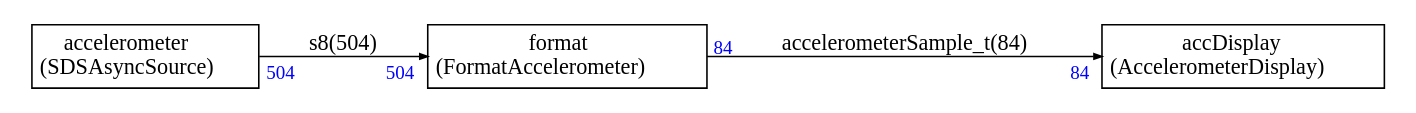
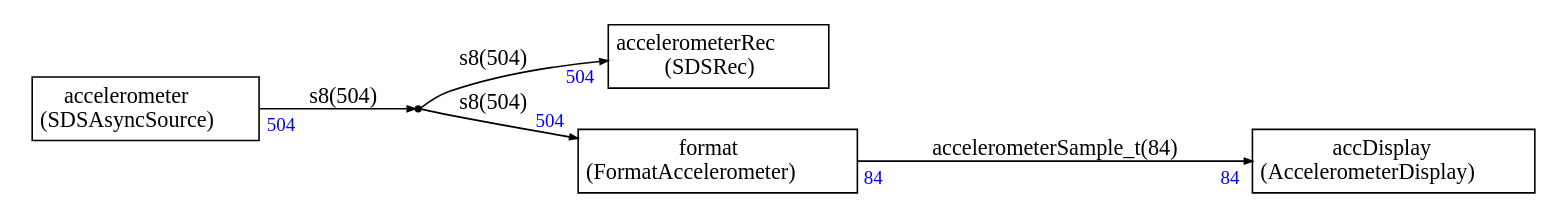
The diagram in demo/Stream/demo.dot (christophe0606/SDS-Framework), drawn with Graphviz before and after one commit. The commit also changed 20 other files, not shown here.

```diff
--- a/demo/Stream/demo.dot
+++ b/demo/Stream/demo.dot
@@ -1,48 +1,69 @@
 
 
 
 
 digraph structs {
     node [shape=plaintext]
     rankdir=LR
     edge [arrowsize=0.5]
     fontname="times"
 
 
 accDisplay [label=<
 <TABLE BORDER="0" CELLBORDER="1" CELLSPACING="0" CELLPADDING="4">
   <TR>
     <TD ALIGN="CENTER" PORT="i">accDisplay<BR/>(AccelerometerDisplay)</TD>
   </TR>
 </TABLE>>];
 
 accelerometer [label=<
 <TABLE BORDER="0" CELLBORDER="1" CELLSPACING="0" CELLPADDING="4">
   <TR>
     <TD ALIGN="CENTER" PORT="i">accelerometer<BR/>(SDSAsyncSource)</TD>
   </TR>
 </TABLE>>];
 
+accelerometerRec [label=<
+<TABLE BORDER="0" CELLBORDER="1" CELLSPACING="0" CELLPADDING="4">
+  <TR>
+    <TD ALIGN="CENTER" PORT="i">accelerometerRec<BR/>(SDSRec)</TD>
+  </TR>
+</TABLE>>];
+
+dup0 [shape=point,label=dup0]
+
 format [label=<
 <TABLE BORDER="0" CELLBORDER="1" CELLSPACING="0" CELLPADDING="4">
   <TR>
     <TD ALIGN="CENTER" PORT="i">format<BR/>(FormatAccelerometer)</TD>
   </TR>
 </TABLE>>];
 
 
 
-accelerometer:i -> format:i [label="s8(504)"
-,headlabel=<<TABLE BORDER="0" CELLPADDING="2"><TR><TD><FONT COLOR="blue" POINT-SIZE="12.0" >504</FONT>
-</TD></TR></TABLE>>
-,taillabel=<<TABLE BORDER="0" CELLPADDING="2"><TR><TD><FONT COLOR="blue" POINT-SIZE="12.0" >504</FONT>
-</TD></TR></TABLE>>]
-
 format:i -> accDisplay:i [label="accelerometerSample_t(84)"
 ,headlabel=<<TABLE BORDER="0" CELLPADDING="2"><TR><TD><FONT COLOR="blue" POINT-SIZE="12.0" >84</FONT>
 </TD></TR></TABLE>>
 ,taillabel=<<TABLE BORDER="0" CELLPADDING="2"><TR><TD><FONT COLOR="blue" POINT-SIZE="12.0" >84</FONT>
 </TD></TR></TABLE>>]
 
+accelerometer:i ->  
+dup0 [label="s8(504)"
+
+,taillabel=<<TABLE BORDER="0" CELLPADDING="2"><TR><TD><FONT COLOR="blue" POINT-SIZE="12.0" >504</FONT>
+</TD></TR></TABLE>>]
+
+ 
+dup0 -> format:i [label="s8(504)"
+,headlabel=<<TABLE BORDER="0" CELLPADDING="2"><TR><TD><FONT COLOR="blue" POINT-SIZE="12.0" >504</FONT>
+</TD></TR></TABLE>>
+]
+
+ 
+dup0 -> accelerometerRec:i [label="s8(504)"
+,headlabel=<<TABLE BORDER="0" CELLPADDING="2"><TR><TD><FONT COLOR="blue" POINT-SIZE="12.0" >504</FONT>
+</TD></TR></TABLE>>
+]
+
 
 }
```
